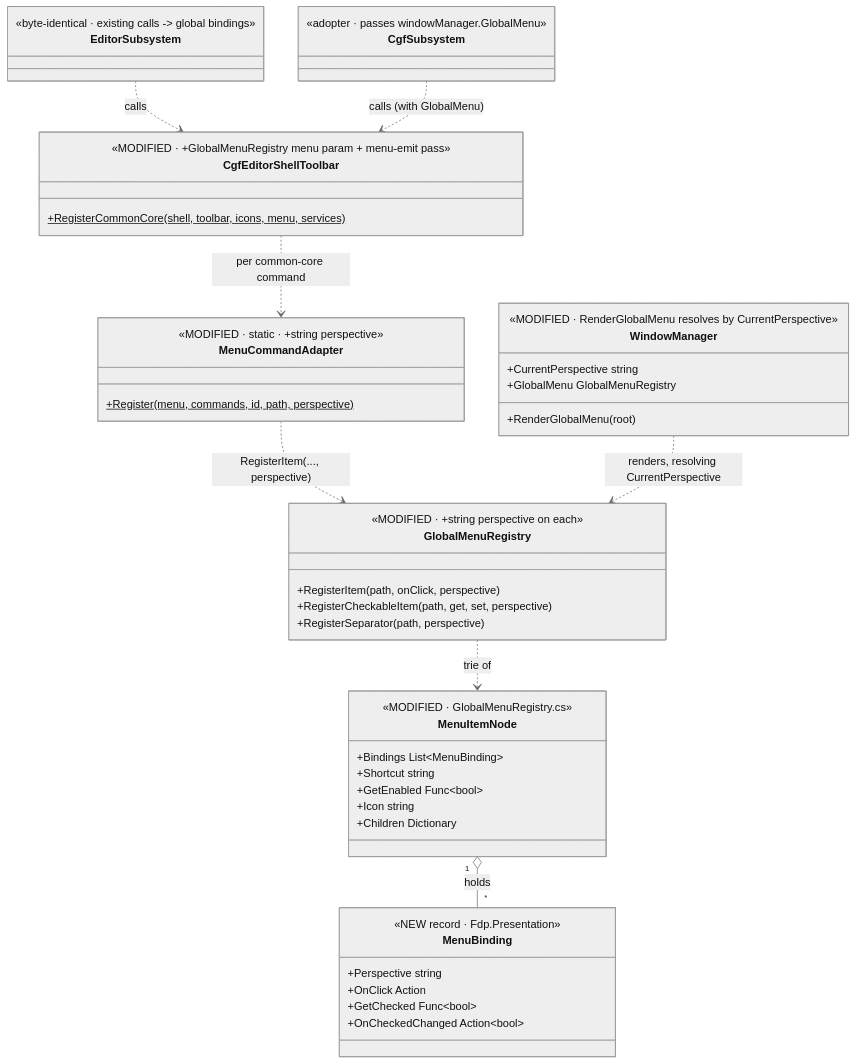
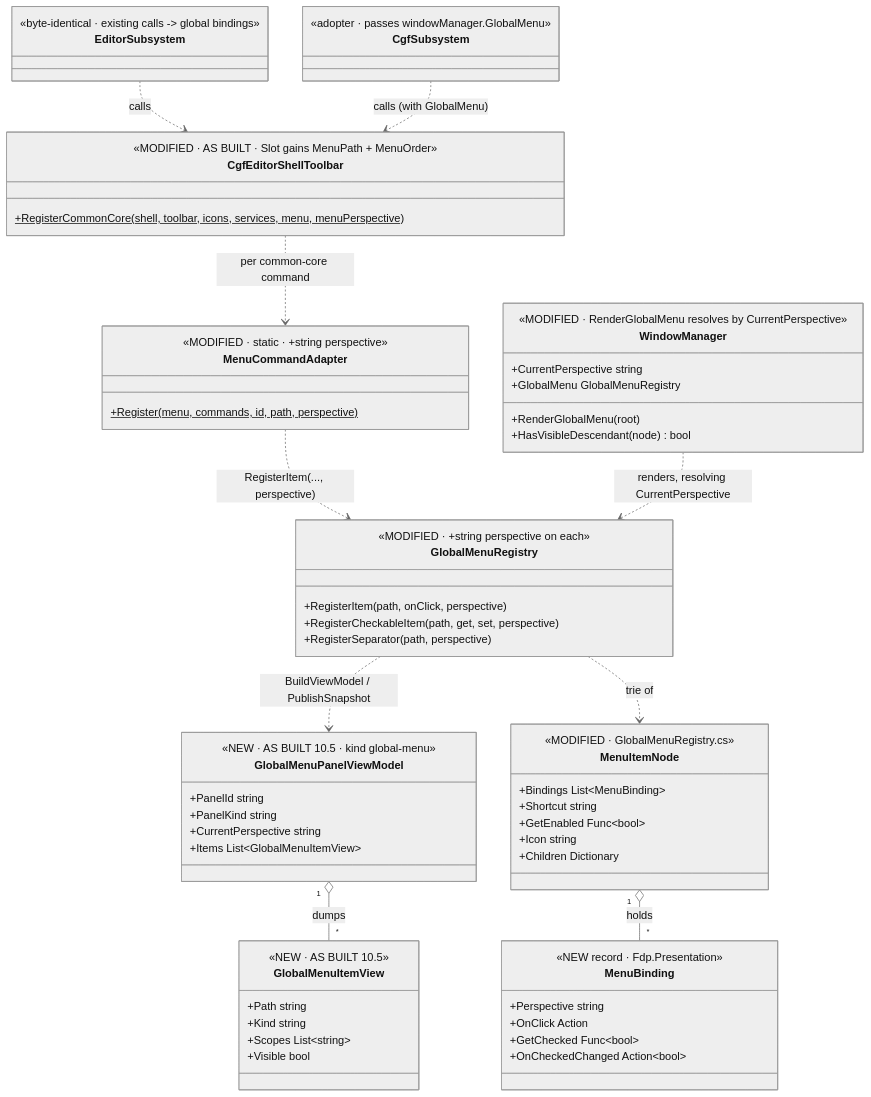
The first of 2 diagrams in docs/DESIGN_Cgf_Menu_Follows_Focus_Slice.md (pjanec/HROT), drawn with Mermaid (neutral theme) before and after one commit. The commit also changed other lines of this file and 12 other files, not shown here.

````diff
--- a/docs/DESIGN_Cgf_Menu_Follows_Focus_Slice.md
+++ b/docs/DESIGN_Cgf_Menu_Follows_Focus_Slice.md
@@ -51,51 +52,68 @@
 ```mermaid
 classDiagram
     class MenuBinding {
         <<NEW record · Fdp.Presentation>>
         +Perspective string
         +OnClick Action
         +GetChecked Func~bool~
         +OnCheckedChanged Action~bool~
     }
     class MenuItemNode {
         <<MODIFIED · GlobalMenuRegistry.cs>>
         +Bindings List~MenuBinding~
         +Shortcut string
         +GetEnabled Func~bool~
         +Icon string
         +Children Dictionary
     }
     class GlobalMenuRegistry {
         <<MODIFIED · +string perspective on each>>
         +RegisterItem(path, onClick, perspective)
         +RegisterCheckableItem(path, get, set, perspective)
         +RegisterSeparator(path, perspective)
     }
     class MenuCommandAdapter {
         <<MODIFIED · static · +string perspective>>
         +Register(menu, commands, id, path, perspective)$
     }
     class WindowManager {
         <<MODIFIED · RenderGlobalMenu resolves by CurrentPerspective>>
         +CurrentPerspective string
         +GlobalMenu GlobalMenuRegistry
         +RenderGlobalMenu(root)
+        +HasVisibleDescendant(node) bool
+    }
+    class GlobalMenuPanelViewModel {
+        <<NEW · AS BUILT 10.5 · kind global-menu>>
+        +PanelId string
+        +PanelKind string
+        +CurrentPerspective string
+        +Items List~GlobalMenuItemView~
+    }
+    class GlobalMenuItemView {
+        <<NEW · AS BUILT 10.5>>
+        +Path string
+        +Kind string
+        +Scopes List~string~
+        +Visible bool
     }
     class CgfEditorShellToolbar {
-        <<MODIFIED · +GlobalMenuRegistry menu param + menu-emit pass>>
-        +RegisterCommonCore(shell, toolbar, icons, menu, services)$
+        <<MODIFIED · AS BUILT · Slot gains MenuPath + MenuOrder>>
+        +RegisterCommonCore(shell, toolbar, icons, services, menu, menuPerspective)$
     }
     class EditorSubsystem {
         <<byte-identical · existing calls -> global bindings>>
     }
     class CgfSubsystem {
         <<adopter · passes windowManager.GlobalMenu>>
     }
+    GlobalMenuPanelViewModel "1" o-- "*" GlobalMenuItemView : dumps
+    GlobalMenuRegistry ..> GlobalMenuPanelViewModel : BuildViewModel / PublishSnapshot
     MenuItemNode "1" o-- "*" MenuBinding : holds
     GlobalMenuRegistry ..> MenuItemNode : trie of
     MenuCommandAdapter ..> GlobalMenuRegistry : RegisterItem(..., perspective)
     WindowManager ..> GlobalMenuRegistry : renders, resolving CurrentPerspective
     CgfEditorShellToolbar ..> MenuCommandAdapter : per common-core command
     EditorSubsystem ..> CgfEditorShellToolbar : calls
     CgfSubsystem ..> CgfEditorShellToolbar : calls (with GlobalMenu)
 ```
````
